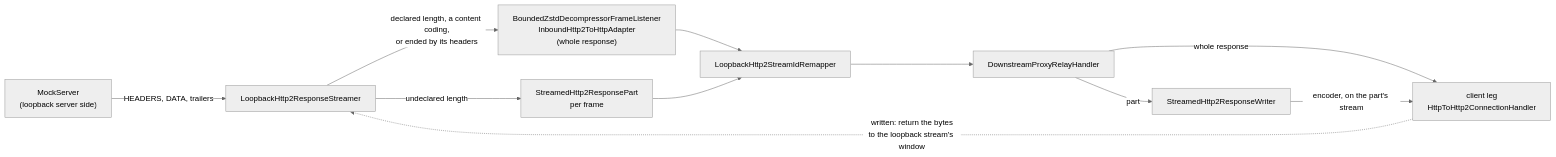
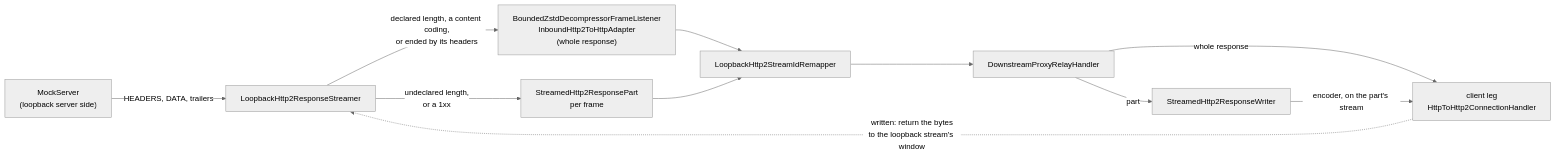
Diagram 22 of 29 in docs/code/netty-pipeline.md (inspire12/mockserver), drawn with Mermaid (neutral theme) before and after one commit. The commit also changed other lines of this file and 19 other files, not shown here.

````diff
--- a/docs/code/netty-pipeline.md
+++ b/docs/code/netty-pipeline.md
@@ -1393,13 +1474,13 @@
 ```mermaid
 flowchart LR
     MS["MockServer\n(loopback server side)"] -->|"HEADERS, DATA, trailers"| ST["LoopbackHttp2ResponseStreamer"]
     ST -->|"declared length, a content coding,\nor ended by its headers"| AG["BoundedZstdDecompressorFrameListener\nInboundHttp2ToHttpAdapter\n(whole response)"]
-    ST -->|"undeclared length"| PT["StreamedHttp2ResponsePart\nper frame"]
+    ST -->|"undeclared length,\nor a 1xx"| PT["StreamedHttp2ResponsePart\nper frame"]
     AG --> RM["LoopbackHttp2StreamIdRemapper"]
     PT --> RM
     RM --> DR["DownstreamProxyRelayHandler"]
     DR -->|"whole response"| H2["client leg\nHttpToHttp2ConnectionHandler"]
     DR -->|"part"| WR["StreamedHttp2ResponseWriter"]
     WR -->|"encoder, on the part's stream"| H2
     H2 -.->|"written: return the bytes\nto the loopback stream's window"| ST
 ```
````
